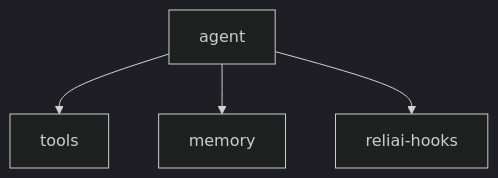
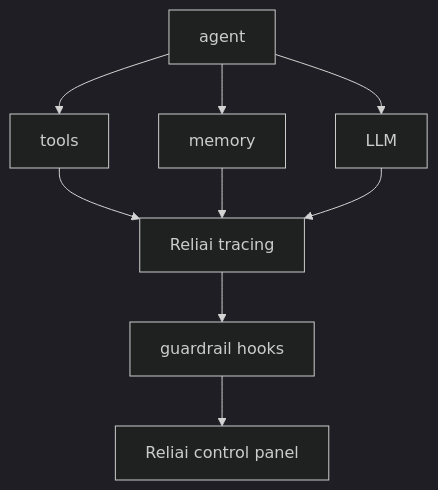
One commit to Reliailabs/reliai changed the diagram in repo-templates/reliai-agent-starter/README.md. Above: the diagram before and after it, drawn with Mermaid (dark theme). The commit also changed other lines of this file and 18 other files, not shown here.

````diff
--- a/repo-templates/reliai-agent-starter/README.md
+++ b/repo-templates/reliai-agent-starter/README.md
@@ -58,6 +49,11 @@
 ```mermaid
 flowchart TD
     A["agent"] --> B["tools"]
     A --> C["memory"]
-    A --> D["reliai-hooks"]
+    A --> D["LLM"]
+    B --> E["Reliai tracing"]
+    C --> E
+    D --> E
+    E --> F["guardrail hooks"]
+    F --> G["Reliai control panel"]
 ```
````
